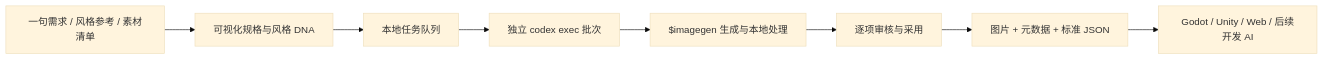
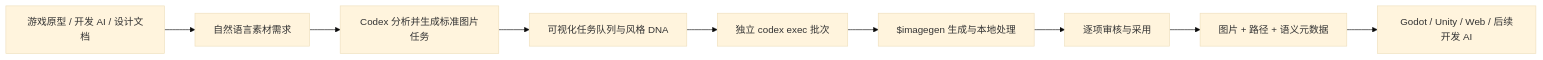
One commit to Brycetlm/codex-asset-forge changed the diagram in README.md. Above: the diagram before and after it, drawn with Mermaid (base theme). The commit also changed other lines of this file, not shown here.

````diff
--- a/README.md
+++ b/README.md
@@ -62,10 +91,11 @@
 ```mermaid
 flowchart LR
-    A["一句需求 / 风格参考 / 素材清单"] --> B["可视化规格与风格 DNA"]
-    B --> C["本地任务队列"]
-    C --> D["独立 codex exec 批次"]
-    D --> E["$imagegen 生成与本地处理"]
-    E --> F["逐项审核与采用"]
-    F --> G["图片 + 元数据 + 标准 JSON"]
-    G --> H["Godot / Unity / Web / 后续开发 AI"]
+    A["游戏原型 / 开发 AI / 设计文档"] --> B["自然语言素材需求"]
+    B --> C["Codex 分析并生成标准图片任务"]
+    C --> D["可视化任务队列与风格 DNA"]
+    D --> E["独立 codex exec 批次"]
+    E --> F["$imagegen 生成与本地处理"]
+    F --> G["逐项审核与采用"]
+    G --> H["图片 + 路径 + 语义元数据"]
+    H --> I["Godot / Unity / Web / 后续开发 AI"]
 ```
````
